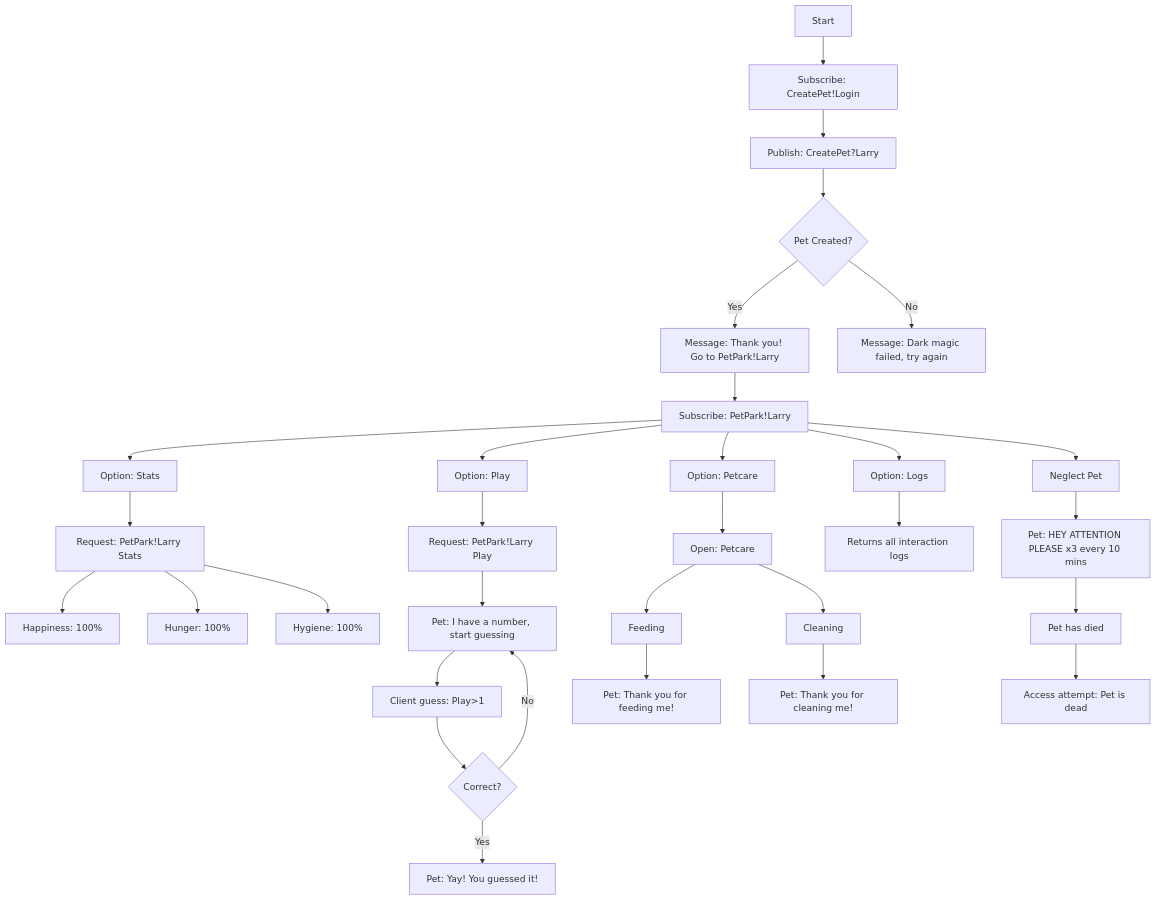
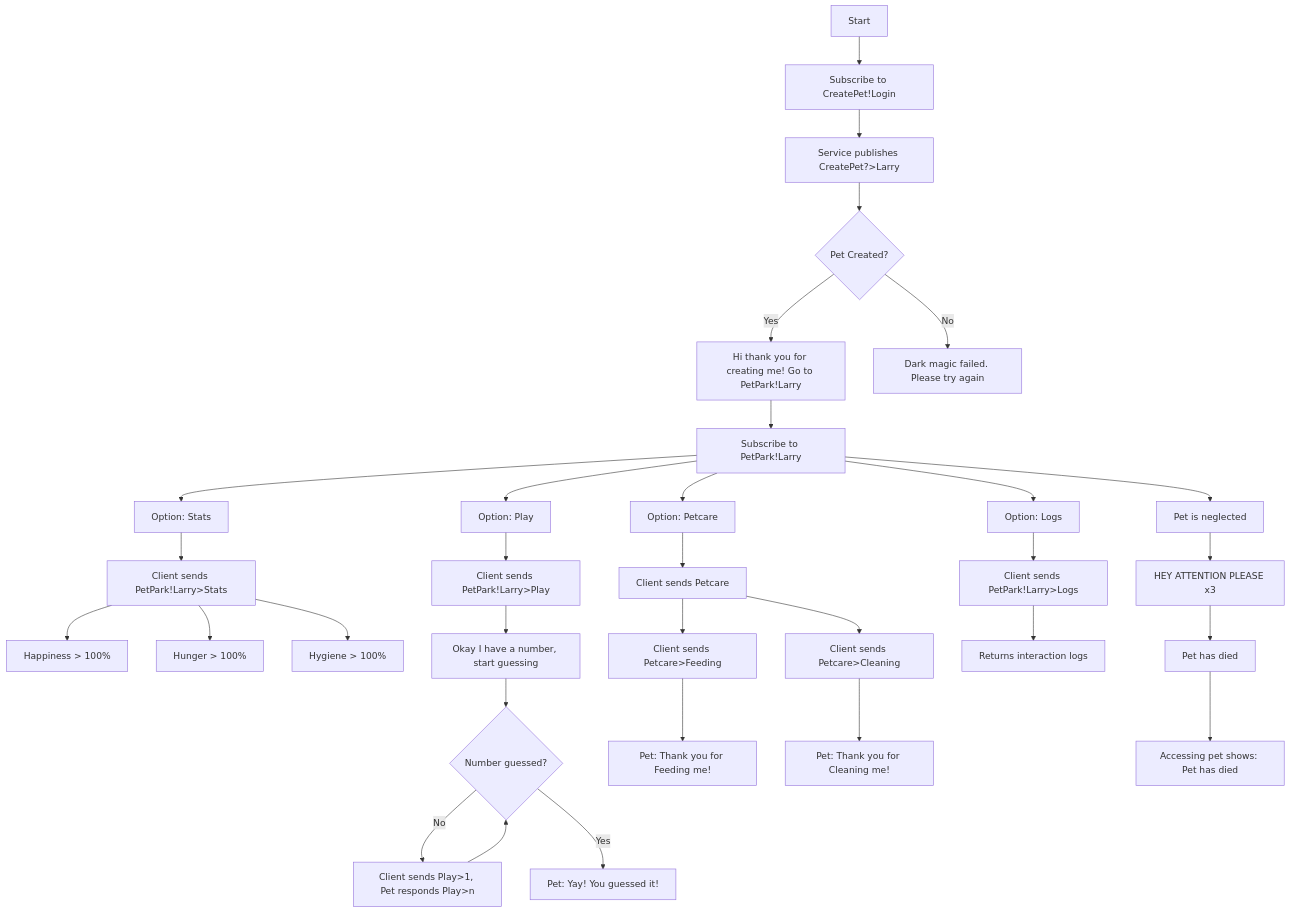
One commit to SamyWarnants/Networkprogramming-Benternetopdracht changed the first of 2 diagrams in README.md. Above: the diagram before and after it, drawn with Mermaid. The commit also changed other lines of this file, not shown here.

````diff
--- a/README.md
+++ b/README.md
@@ -74,41 +81,41 @@
 ```mermaid
 flowchart TD
-    Start --> Login[Subscribe: CreatePet!Login]
-    Login --> CreatePet[Publish: CreatePet?Larry]
+    Start --> Login[Subscribe to CreatePet!Login]
+    Login --> CreatePet[Service publishes CreatePet?>Larry]
     CreatePet --> CheckCreation{Pet Created?}
 
-    CheckCreation -->|Yes| Success[Message: Thank you! Go to PetPark!Larry]
-    CheckCreation -->|No| Fail[Message: Dark magic failed, try again]
+    CheckCreation -->|Yes| Success[Hi thank you for creating me! Go to PetPark!Larry]
+    CheckCreation -->|No| Fail[Dark magic failed. Please try again]
 
-    Success --> PetPark[Subscribe: PetPark!Larry]
+    Success --> PetPark[Subscribe to PetPark!Larry]
 
     PetPark --> StatsOption[Option: Stats]
-    StatsOption --> StatsRequest[Request: PetPark!Larry Stats]
-    StatsRequest --> Happiness[Happiness: 100%]
-    StatsRequest --> Hunger[Hunger: 100%]
-    StatsRequest --> Hygiene[Hygiene: 100%]
+    StatsOption --> StatsRequest[Client sends PetPark!Larry>Stats]
+    StatsRequest --> Happiness[Happiness > 100%]
+    StatsRequest --> Hunger[Hunger > 100%]
+    StatsRequest --> Hygiene[Hygiene > 100%]
 
     PetPark --> PlayOption[Option: Play]
-    PlayOption --> PlayRequest[Request: PetPark!Larry Play]
-    PlayRequest --> StartGuessing[Pet: I have a number, start guessing]
-    StartGuessing --> Guess[Client guess: Play>1]
-    Guess --> GuessCheck{Correct?}
-    GuessCheck -->|No| StartGuessing
-    GuessCheck -->|Yes| Win[Pet: Yay! You guessed it!]
+    PlayOption --> PlayRequest[Client sends PetPark!Larry>Play]
+    PlayRequest --> PetPrompt[Okay I have a number, start guessing]
+    PetPrompt --> GuessLoop{Number guessed?}
+    GuessLoop -->|No| Retry[Client sends Play>1, Pet responds Play>n]
+    Retry --> GuessLoop
+    GuessLoop -->|Yes| Win[Pet: Yay! You guessed it!]
 
     PetPark --> PetcareOption[Option: Petcare]
-    PetcareOption --> PetcareOpen[Open: Petcare]
-    PetcareOpen --> Feed[Feeding]
-    PetcareOpen --> Clean[Cleaning]
-    Feed --> FeedResponse[Pet: Thank you for feeding me!]
-    Clean --> CleanResponse[Pet: Thank you for cleaning me!]
+    PetcareOption --> PetcareOpen[Client sends Petcare]
+    PetcareOpen --> Feed[Client sends Petcare>Feeding]
+    PetcareOpen --> Clean[Client sends Petcare>Cleaning]
+    Feed --> FeedReply[Pet: Thank you for Feeding me!]
+    Clean --> CleanReply[Pet: Thank you for Cleaning me!]
 
     PetPark --> LogsOption[Option: Logs]
-    LogsOption --> LogsResult[Returns all interaction logs]
+    LogsOption --> LogsRequest[Client sends PetPark!Larry>Logs]
+    LogsRequest --> LogOutput[Returns interaction logs]
 
-    PetPark --> Neglect[Neglect Pet]
-    Neglect --> Attention[Pet: HEY ATTENTION PLEASE x3 every 10 mins]
-    Attention --> Death[Pet has died]
-    Death --> DeadAccess[Access attempt: Pet is dead]
-
+    PetPark --> Neglect[Pet is neglected]
+    Neglect --> Warnings[HEY ATTENTION PLEASE x3]
+    Warnings --> PetDies[Pet has died]
+    PetDies --> DeadAccess[Accessing pet shows: Pet has died]
 ```
````
